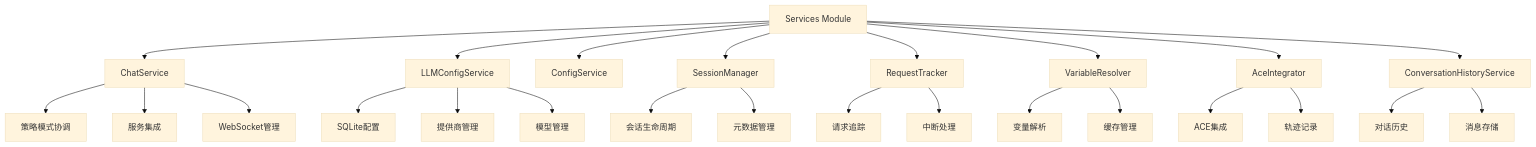
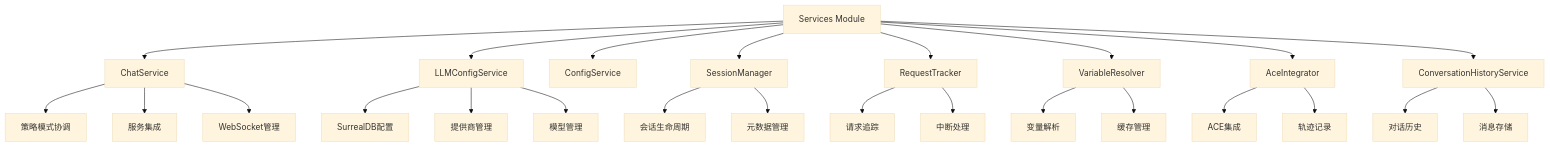
The diagram in src/services/CLAUDE.md (suntianc/apex-bridge), drawn with Mermaid (base theme) before and after one commit. The commit also changed other lines of this file and 77 other files, not shown here.

````diff
--- a/src/services/CLAUDE.md
+++ b/src/services/CLAUDE.md
@@ -11,34 +11,34 @@
 ```mermaid
 graph TD
     A["Services Module"] --> B["ChatService"];
     A --> C["LLMConfigService"];
     A --> D["ConfigService"];
     A --> E["SessionManager"];
     A --> F["RequestTracker"];
     A --> G["VariableResolver"];
     A --> H["AceIntegrator"];
     A --> I["ConversationHistoryService"];
 
     B --> B1["策略模式协调"];
     B --> B2["服务集成"];
     B --> B3["WebSocket管理"];
 
-    C --> C1["SQLite配置"];
+C --> C1["SurrealDB配置"];
     C --> C2["提供商管理"];
     C --> C3["模型管理"];
 
     E --> E1["会话生命周期"];
     E --> E2["元数据管理"];
 
     F --> F1["请求追踪"];
     F --> F2["中断处理"];
 
     G --> G1["变量解析"];
     G --> G2["缓存管理"];
 
     H --> H1["ACE集成"];
     H --> H2["轨迹记录"];
 
     I --> I1["对话历史"];
     I --> I2["消息存储"];
 ```
````
